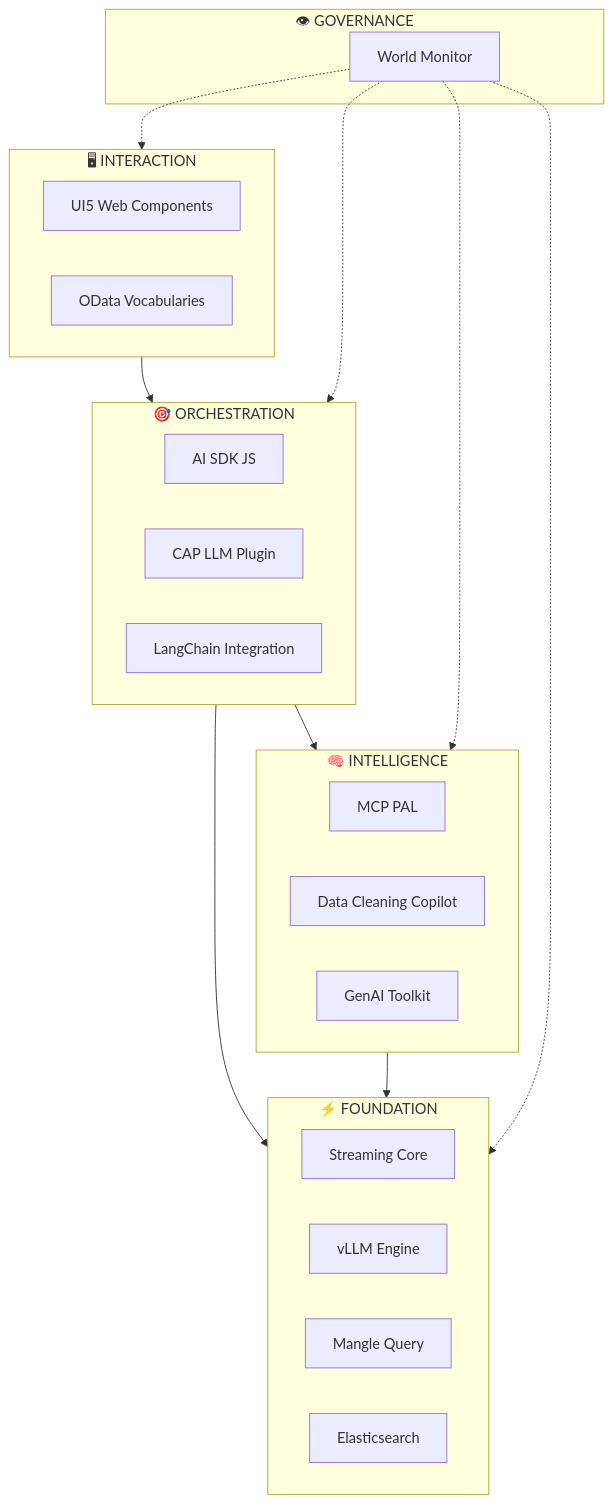
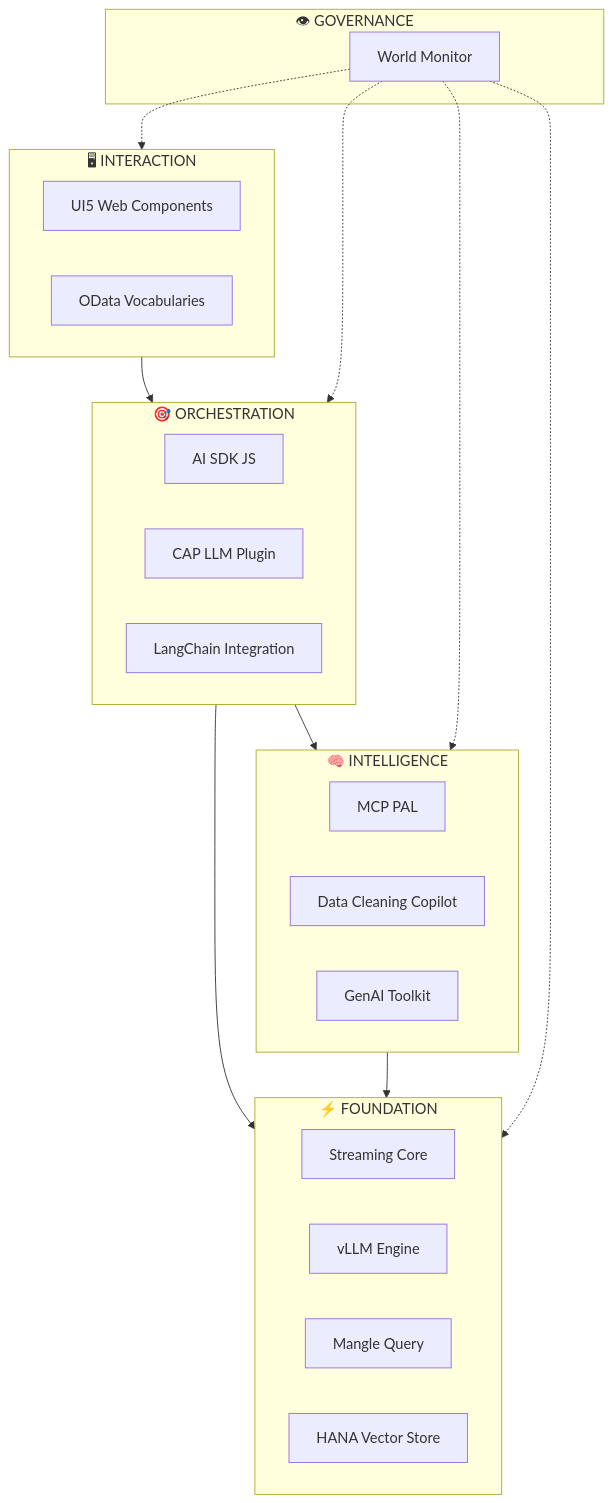
One commit to GJKarthik/sap-oss-v1 changed the first of 7 diagrams in docs/business-briefs/04-ensemble-of-services.md. Above: the diagram before and after it, drawn with Mermaid. The commit also changed other lines of this file and 4376 other files, not shown here.

````diff
--- a/docs/business-briefs/04-ensemble-of-services.md
+++ b/docs/business-briefs/04-ensemble-of-services.md
@@ -11,39 +11,39 @@
 ```mermaid
 flowchart TB
     subgraph Interaction["🖥 INTERACTION"]
         UI["UI5 Web Components"]
         ODATA["OData Vocabularies"]
     end
     
     subgraph Orchestration["🎯 ORCHESTRATION"]
         SDK["AI SDK JS"]
         CAP["CAP LLM Plugin"]
         LC["LangChain Integration"]
     end
     
     subgraph Intelligence["🧠 INTELLIGENCE"]
         PAL["MCP PAL"]
         Copilot["Data Cleaning Copilot"]
         Toolkit["GenAI Toolkit"]
     end
     
     subgraph Foundation["⚡ FOUNDATION"]
         Stream["Streaming Core"]
         VLLM["vLLM Engine"]
         Mangle["Mangle Query"]
-        ES["Elasticsearch"]
+        HVS["HANA Vector Store"]
     end
     
     subgraph Governance["👁 GOVERNANCE"]
         Monitor["World Monitor"]
     end
     
     Interaction --> Orchestration
     Orchestration --> Intelligence
     Orchestration --> Foundation
     Intelligence --> Foundation
     Monitor -.-> Interaction
     Monitor -.-> Orchestration
     Monitor -.-> Intelligence
     Monitor -.-> Foundation
 ```
````
